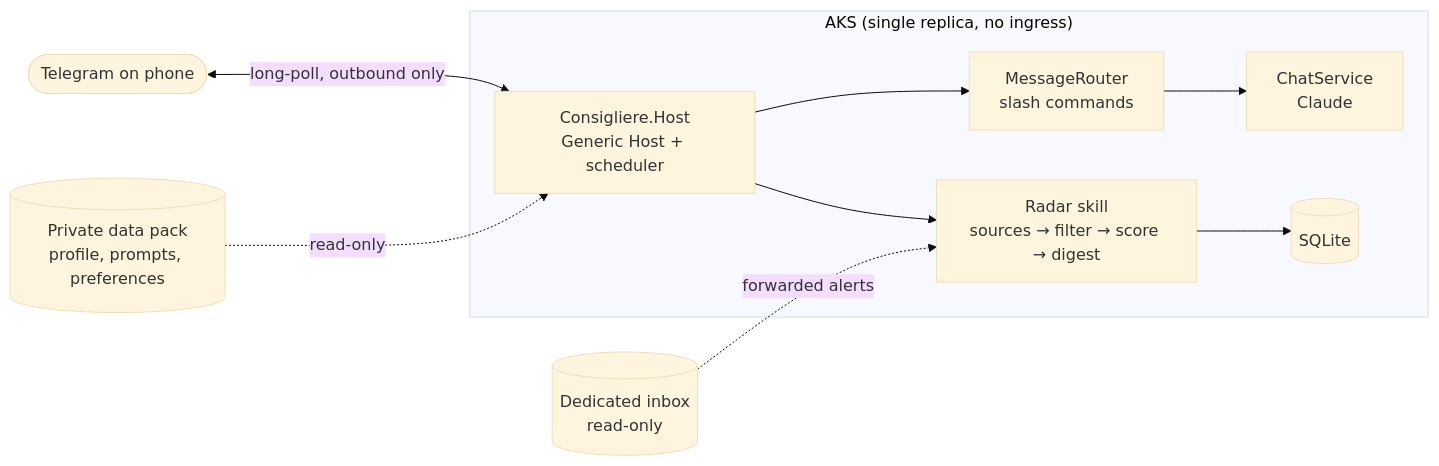
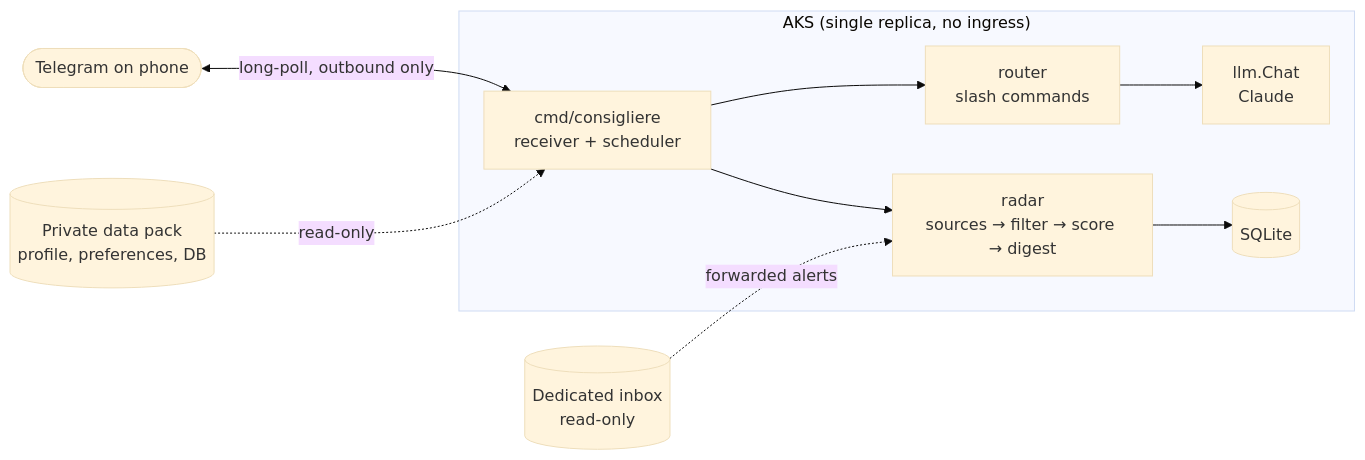
The diagram in README.md (ahpalmer/Consigliere), drawn with Mermaid (base theme) before and after one commit. The commit also changed other lines of this file and 136 other files, not shown here.

````diff
--- a/README.md
+++ b/README.md
@@ -7,13 +7,13 @@
 ```mermaid
 flowchart LR
     phone([Telegram on phone]) <-- long-poll, outbound only --> host
     subgraph AKS["AKS (single replica, no ingress)"]
-        host[Consigliere.Host<br/>Generic Host + scheduler]
-        host --> router[MessageRouter<br/>slash commands]
-        router --> chat[ChatService<br/>Claude]
-        host --> radar[Radar skill<br/>sources → filter → score → digest]
+        host[cmd/consigliere<br/>receiver + scheduler]
+        host --> router[router<br/>slash commands]
+        router --> chat[llm.Chat<br/>Claude]
+        host --> radar[radar<br/>sources → filter → score → digest]
         radar --> db[(SQLite)]
     end
-    pack[(Private data pack<br/>profile, prompts, preferences)] -. read-only .-> host
+    pack[(Private data pack<br/>profile, preferences, DB)] -. read-only .-> host
     inbox[(Dedicated inbox<br/>read-only)] -. forwarded alerts .-> radar
 ```
````
